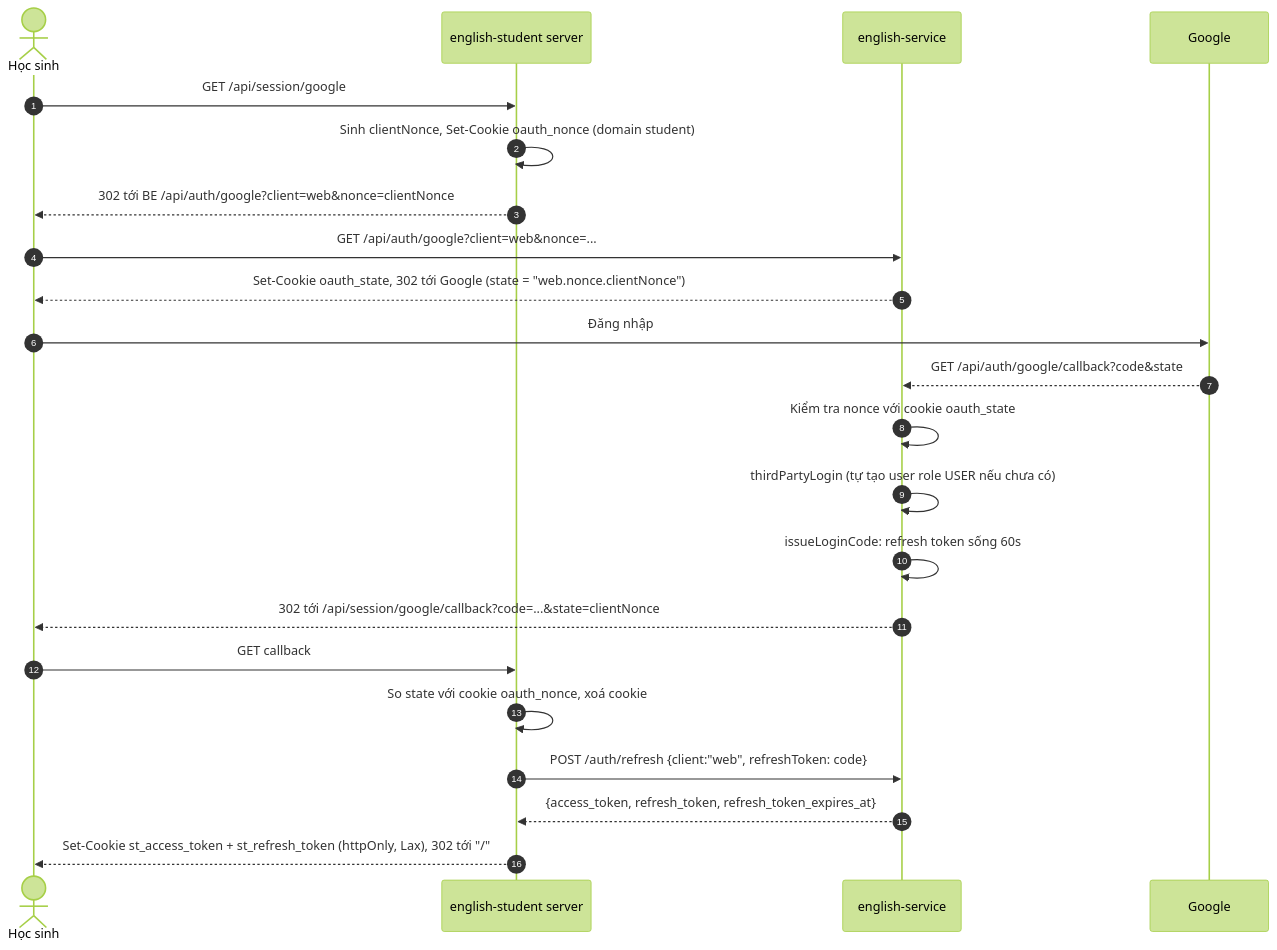
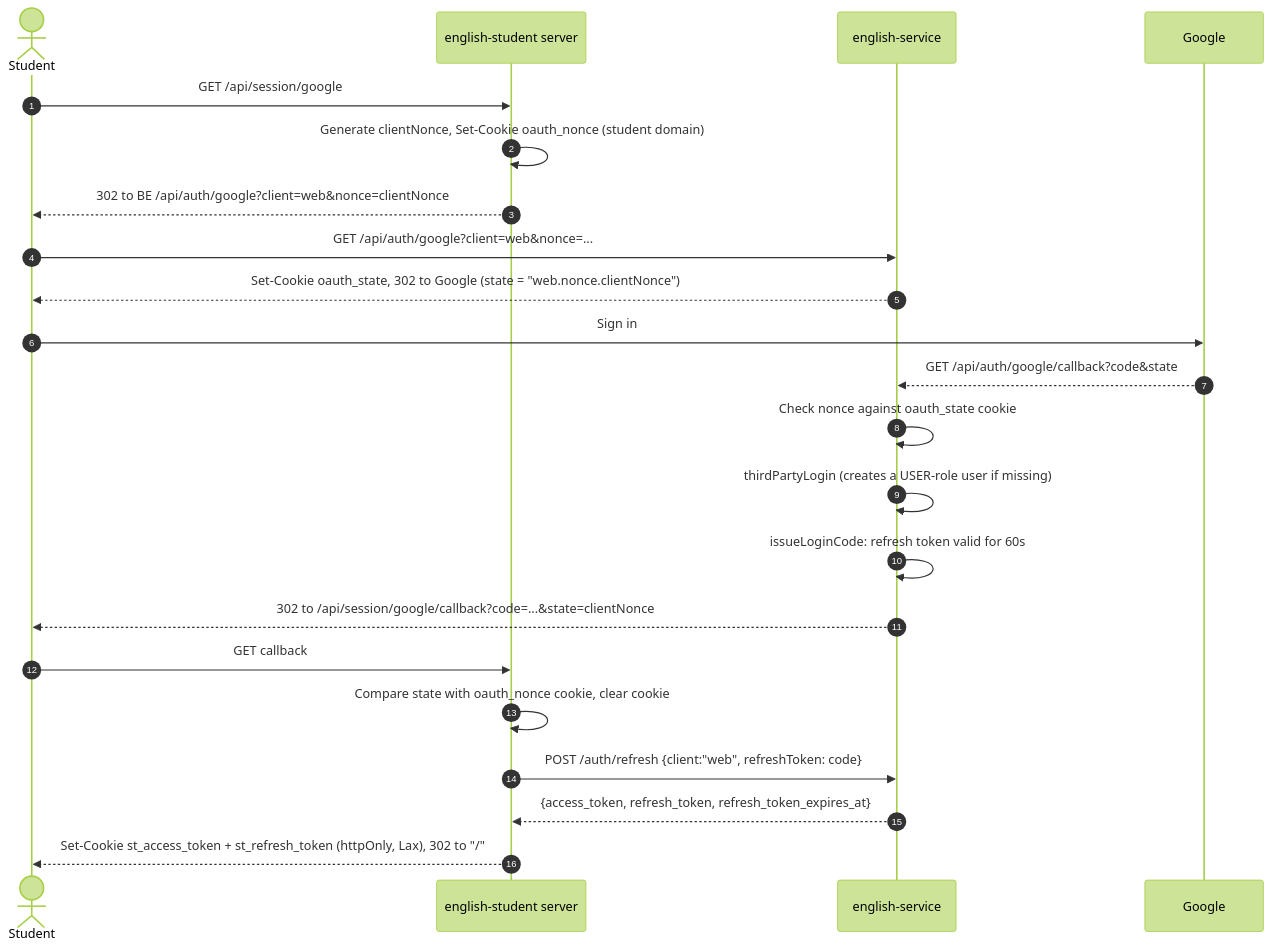
The fifth of 8 diagrams in docs/auth-flow.md (TriThuc2321/english-service), drawn with Mermaid (forest theme) before and after one commit. The commit also changed other lines of this file and 6 other files, not shown here.

````diff
--- a/docs/auth-flow.md
+++ b/docs/auth-flow.md
@@ -120,25 +120,25 @@
 ```mermaid
 sequenceDiagram
   autonumber
-  actor S as Học sinh
+  actor S as Student
   participant N as english-student server
   participant BE as english-service
   participant G as Google
 
   S->>N: GET /api/session/google
-  N->>N: Sinh clientNonce, Set-Cookie oauth_nonce (domain student)
-  N-->>S: 302 tới BE /api/auth/google?client=web&nonce=clientNonce
+  N->>N: Generate clientNonce, Set-Cookie oauth_nonce (student domain)
+  N-->>S: 302 to BE /api/auth/google?client=web&nonce=clientNonce
   S->>BE: GET /api/auth/google?client=web&nonce=...
-  BE-->>S: Set-Cookie oauth_state, 302 tới Google (state = "web.nonce.clientNonce")
-  S->>G: Đăng nhập
+  BE-->>S: Set-Cookie oauth_state, 302 to Google (state = "web.nonce.clientNonce")
+  S->>G: Sign in
   G-->>BE: GET /api/auth/google/callback?code&state
-  BE->>BE: Kiểm tra nonce với cookie oauth_state
-  BE->>BE: thirdPartyLogin (tự tạo user role USER nếu chưa có)
-  BE->>BE: issueLoginCode: refresh token sống 60s
-  BE-->>S: 302 tới /api/session/google/callback?code=...&state=clientNonce
+  BE->>BE: Check nonce against oauth_state cookie
+  BE->>BE: thirdPartyLogin (creates a USER-role user if missing)
+  BE->>BE: issueLoginCode: refresh token valid for 60s
+  BE-->>S: 302 to /api/session/google/callback?code=...&state=clientNonce
   S->>N: GET callback
-  N->>N: So state với cookie oauth_nonce, xoá cookie
+  N->>N: Compare state with oauth_nonce cookie, clear cookie
   N->>BE: POST /auth/refresh {client:"web", refreshToken: code}
   BE-->>N: {access_token, refresh_token, refresh_token_expires_at}
-  N-->>S: Set-Cookie st_access_token + st_refresh_token (httpOnly, Lax), 302 tới "/"
+  N-->>S: Set-Cookie st_access_token + st_refresh_token (httpOnly, Lax), 302 to "/"
 ```
````
